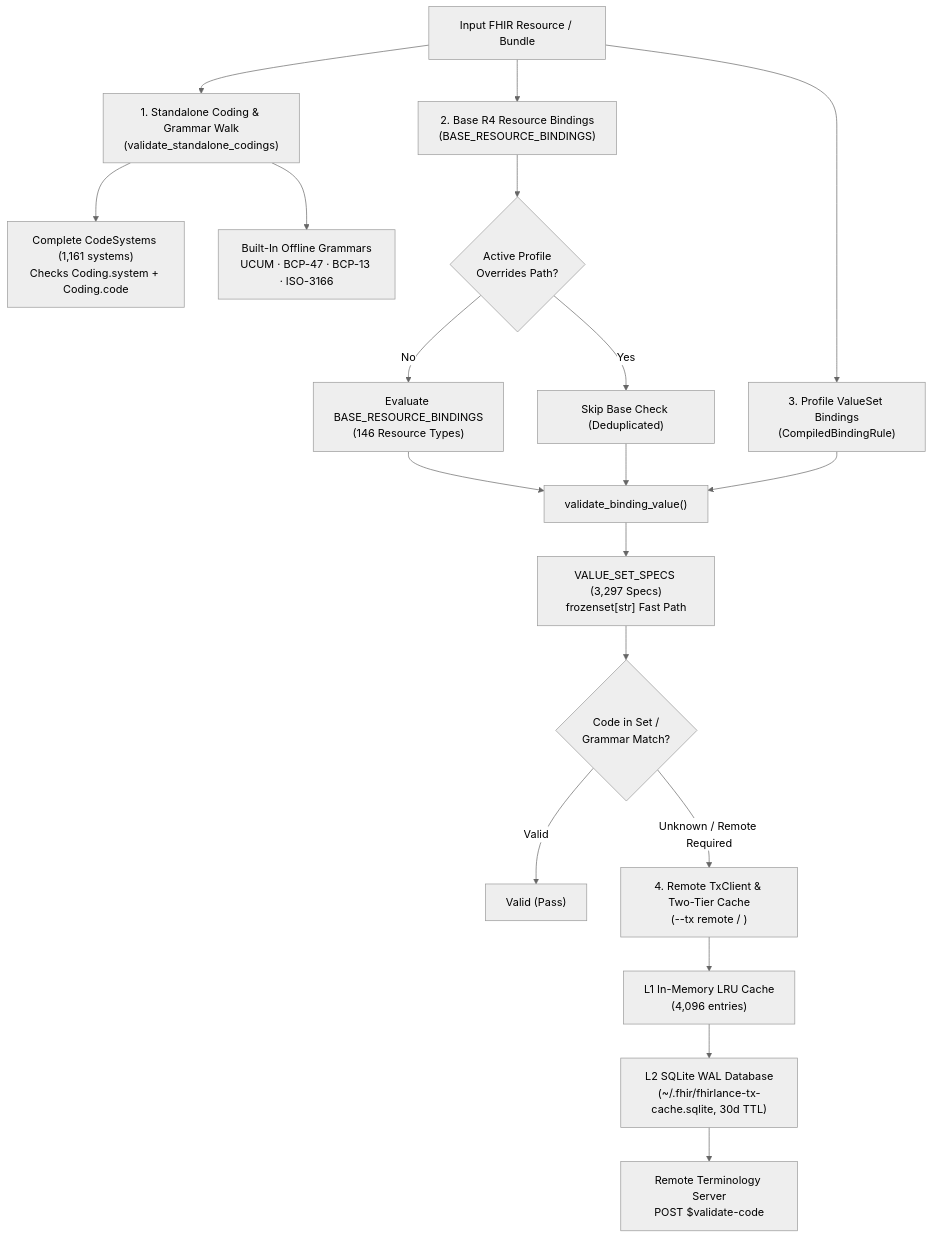
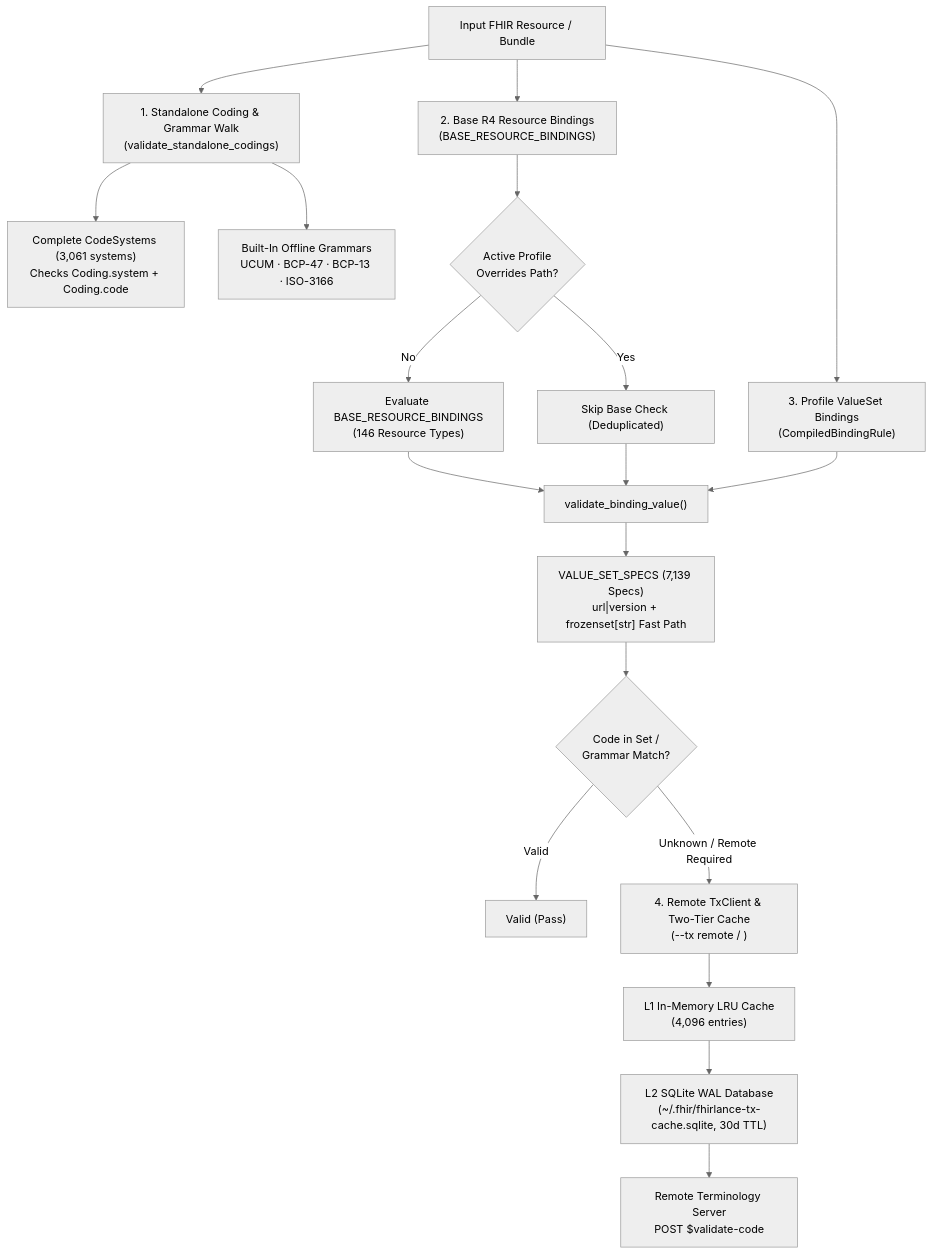
Before and after one commit to damsonaldson/FHIRlance: the diagram in docs/terminology.md, drawn with Mermaid (neutral theme). The commit also changed other lines of this file and 9 other files, not shown here.

````diff
--- a/docs/terminology.md
+++ b/docs/terminology.md
@@ -20,25 +20,25 @@
 ```mermaid
 graph TD
     Resource["Input FHIR Resource / Bundle"] --> Layer1["1. Standalone Coding & Grammar Walk<br/>(validate_standalone_codings)"]
-    Layer1 --> CS["Complete CodeSystems (1,161 systems)<br/>Checks Coding.system + Coding.code"]
+    Layer1 --> CS["Complete CodeSystems (3,061 systems)<br/>Checks Coding.system + Coding.code"]
     Layer1 --> Grammars["Built-In Offline Grammars<br/>UCUM · BCP-47 · BCP-13 · ISO-3166"]
     
     Resource --> Layer2["2. Base R4 Resource Bindings<br/>(BASE_RESOURCE_BINDINGS)"]
     Layer2 --> Dedup{"Active Profile<br/>Overrides Path?"}
     Dedup -->|Yes| SkipBase["Skip Base Check (Deduplicated)"]
     Dedup -->|No| CheckBase["Evaluate BASE_RESOURCE_BINDINGS<br/>(146 Resource Types)"]
     
     Resource --> Layer3["3. Profile ValueSet Bindings<br/>(CompiledBindingRule)"]
     CheckBase --> EvaluateVS["validate_binding_value()"]
     SkipBase --> EvaluateVS
     Layer3 --> EvaluateVS
     
-    EvaluateVS --> Specs["VALUE_SET_SPECS (3,297 Specs)<br/>frozenset[str] Fast Path"]
+    EvaluateVS --> Specs["VALUE_SET_SPECS (7,139 Specs)<br/>url|version + frozenset[str] Fast Path"]
     Specs --> Match{"Code in Set /<br/>Grammar Match?"}
     Match -->|Valid| OK["Valid (Pass)"]
     Match -->|Unknown / Remote Required| Layer4["4. Remote TxClient & Two-Tier Cache<br/>(--tx remote / <url>)"]
     
     Layer4 --> L1["L1 In-Memory LRU Cache<br/>(4,096 entries)"]
     L1 --> L2["L2 SQLite WAL Database<br/>(~/.fhir/fhirlance-tx-cache.sqlite, 30d TTL)"]
     L2 --> Remote["Remote Terminology Server<br/>POST $validate-code"]
 ```
````
